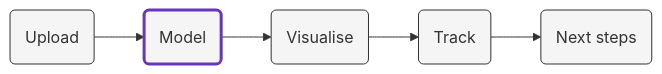
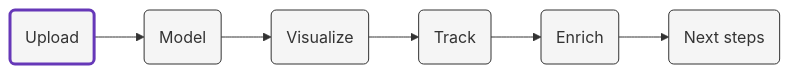
Before and after one commit to snowplow-incubator/data-product-accelerators: the diagram in content/web/upload/_index.md, drawn with Mermaid. The commit also changed other lines of this file and 306 other files, not shown here.

```diff
--- a/content/web/upload/_index.md
+++ b/content/web/upload/_index.md
@@ -11,9 +11,10 @@
 {{<mermaid>}}
 flowchart LR
-    id1(Upload)-->id2(Model)-->id3(Visualise)-->id4(Track)-->id5(Next steps)
-    style id2 fill:#f5f5f5,stroke:#6638B8,stroke-width:3px
-    style id1 fill:#f5f5f5,stroke:#333,stroke-width:1px
-    style id4 fill:#f5f5f5,stroke:#333,stroke-width:1px
+    id1(Upload)-->id2(Model)-->id3(Visualize)-->id4(Track)-->id5(Enrich)-->id6(Next steps)
+    style id1 fill:#f5f5f5,stroke:#6638B8,stroke-width:3px
     style id5 fill:#f5f5f5,stroke:#333,stroke-width:1px
     style id3 fill:#f5f5f5,stroke:#333,stroke-width:1px
+    style id4 fill:#f5f5f5,stroke:#333,stroke-width:1px
+    style id2 fill:#f5f5f5,stroke:#333,stroke-width:1px
+    style id6 fill:#f5f5f5,stroke:#333,stroke-width:1px
 {{</mermaid >}}
```
